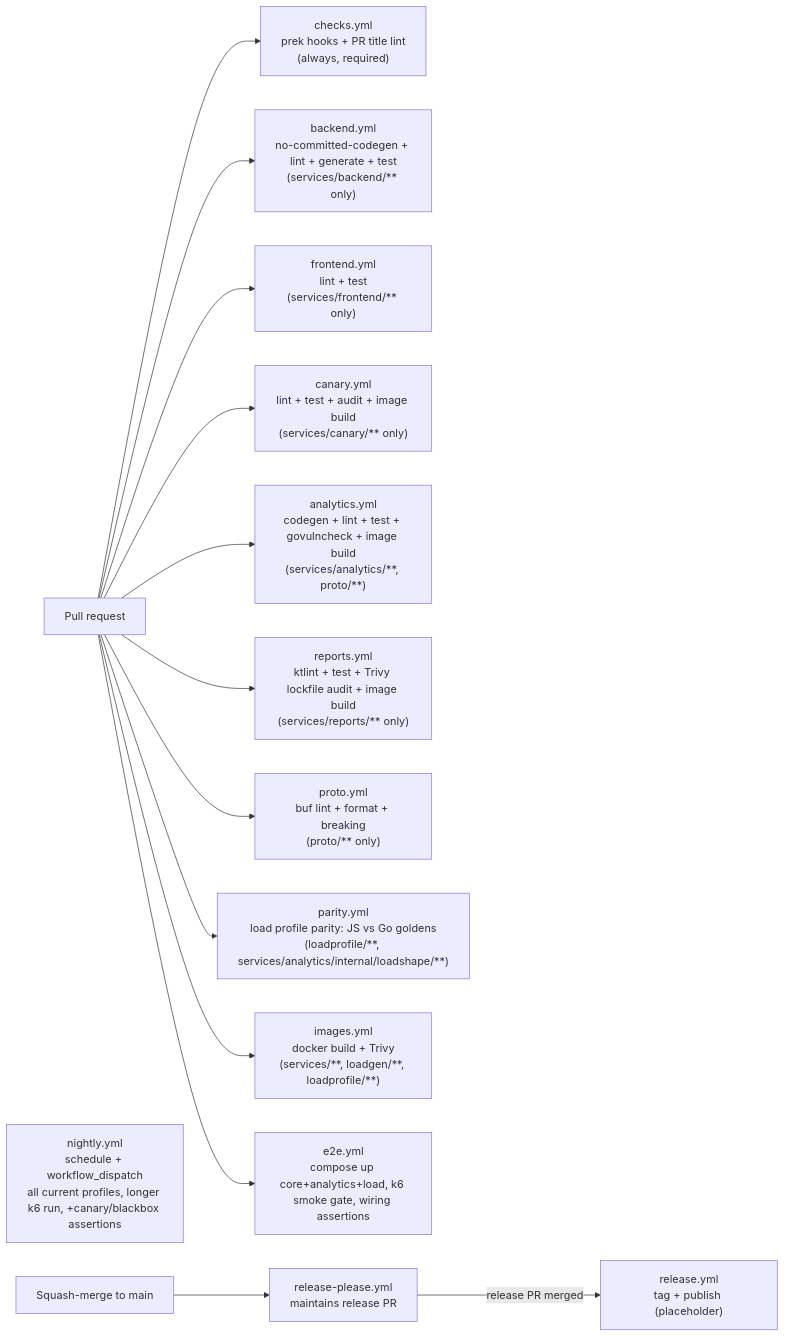
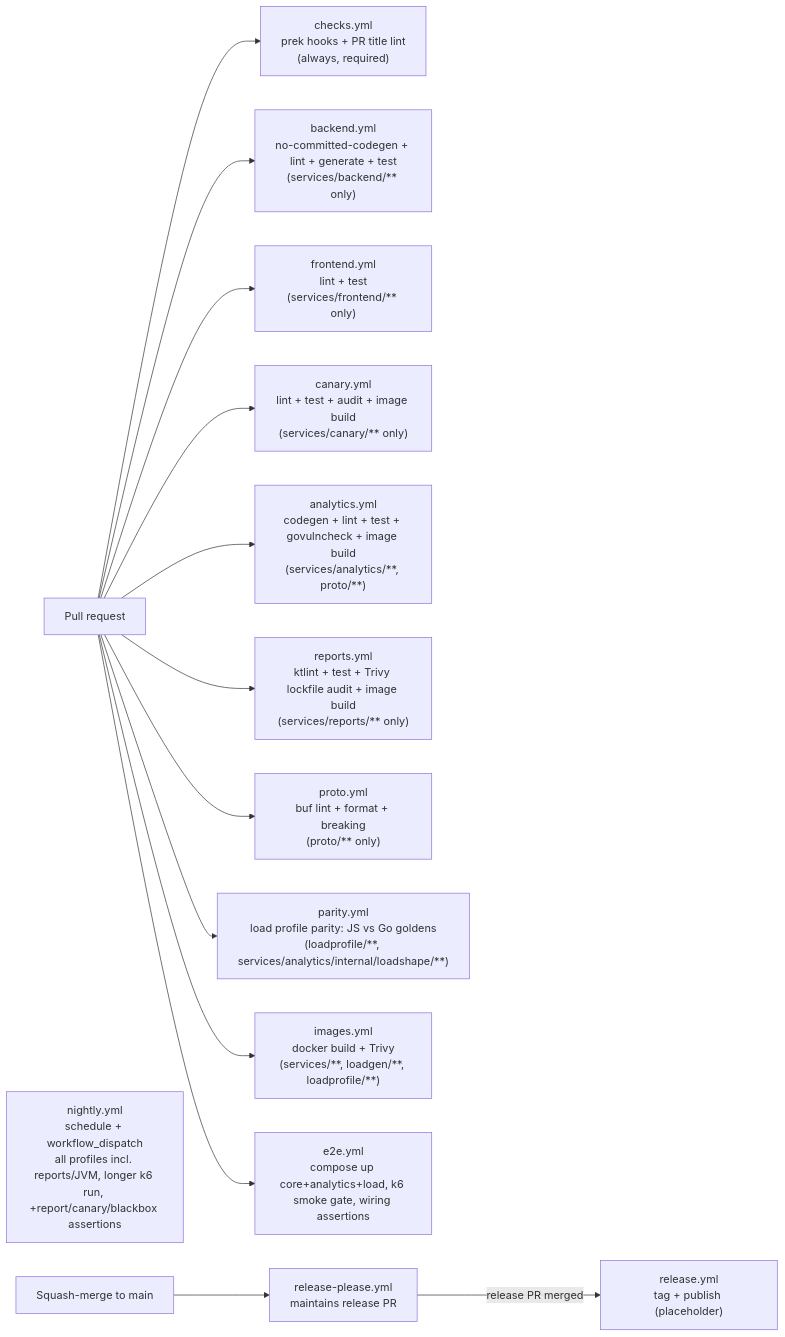
Before and after one commit to vovinacci/devops-demo: the diagram in docs/ci.md, drawn with Mermaid. The commit also changed other lines of this file and 9 other files, not shown here.

First line of the commit message:
feat(loadgen): report k6 scenario and nightly JVM e2e (RFC-0001 Phase 6) (#179)

````diff
--- a/docs/ci.md
+++ b/docs/ci.md
@@ -12,16 +12,16 @@
 ```mermaid
 flowchart LR
     pr[Pull request] --> checks["checks.yml<br/>prek hooks + PR title lint<br/>(always, required)"]
     pr --> be["backend.yml<br/>no-committed-codegen + lint + generate + test<br/>(services/backend/** only)"]
     pr --> fe["frontend.yml<br/>lint + test<br/>(services/frontend/** only)"]
     pr --> ca["canary.yml<br/>lint + test + audit + image build<br/>(services/canary/** only)"]
     pr --> an["analytics.yml<br/>codegen + lint + test + govulncheck + image build<br/>(services/analytics/**, proto/**)"]
     pr --> rep["reports.yml<br/>ktlint + test + Trivy lockfile audit + image build<br/>(services/reports/** only)"]
     pr --> proto["proto.yml<br/>buf lint + format + breaking<br/>(proto/** only)"]
     pr --> par["parity.yml<br/>load profile parity: JS vs Go goldens<br/>(loadprofile/**, services/analytics/internal/loadshape/**)"]
     pr --> img["images.yml<br/>docker build + Trivy<br/>(services/**, loadgen/**, loadprofile/**)"]
     pr --> e2e["e2e.yml<br/>compose up core+analytics+load, k6 smoke gate, wiring assertions"]
-    night["nightly.yml<br/>schedule + workflow_dispatch<br/>all current profiles, longer k6 run, +canary/blackbox assertions"]
+    night["nightly.yml<br/>schedule + workflow_dispatch<br/>all profiles incl. reports/JVM, longer k6 run, +report/canary/blackbox assertions"]
     merge[Squash-merge to main] --> rp["release-please.yml<br/>maintains release PR"]
     rp -->|release PR merged| rel["release.yml<br/>tag + publish (placeholder)"]
 ```
````
